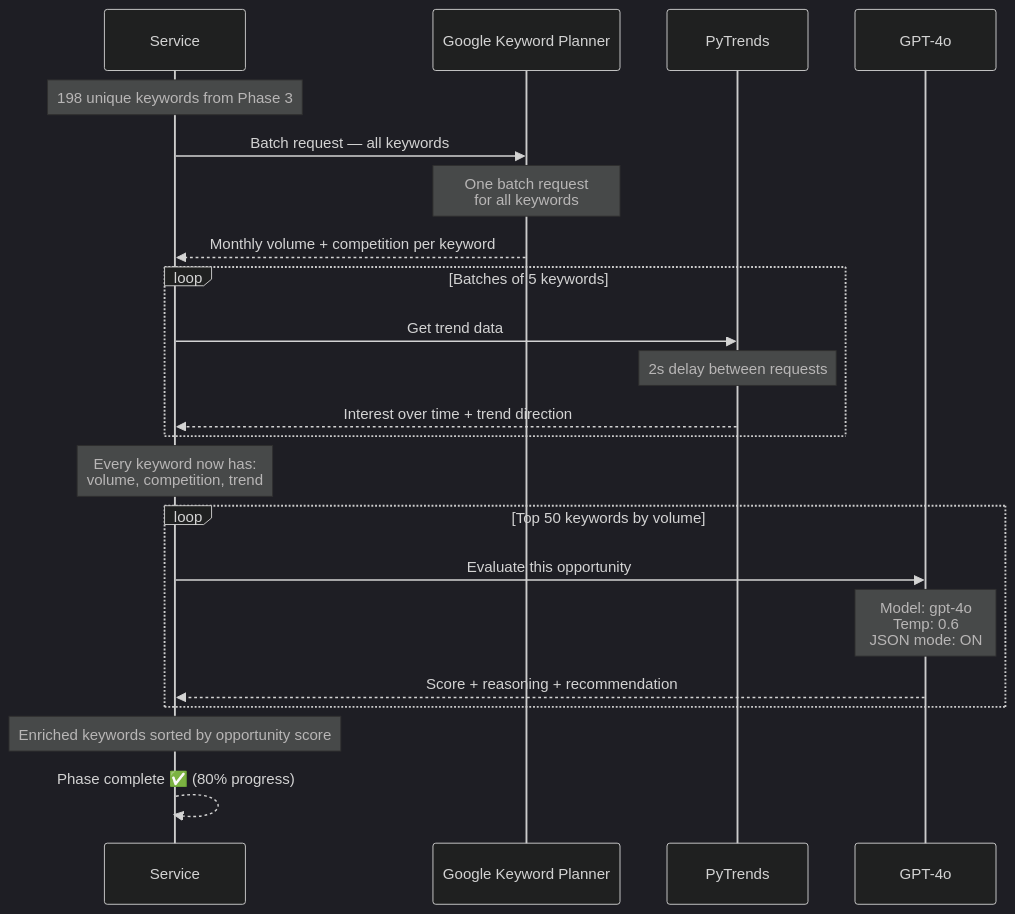
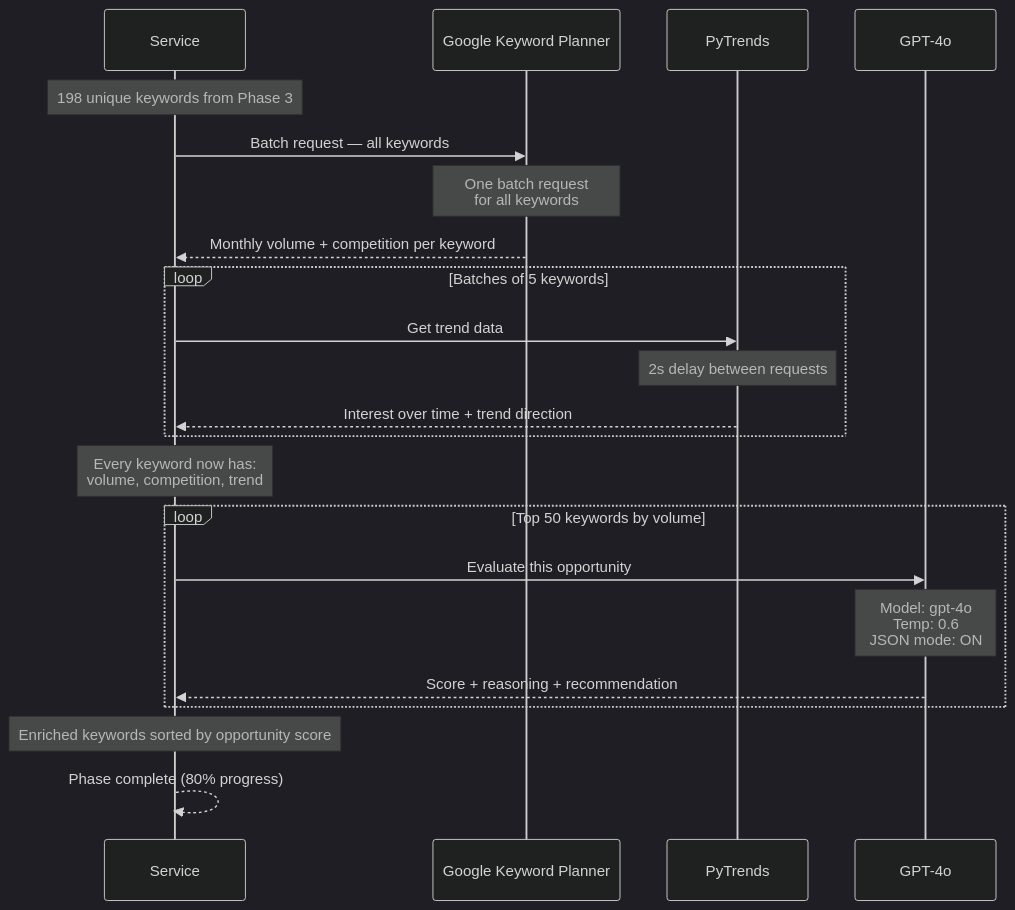
Before and after one commit to modlix-india/Adzump-AI: the eighth of 11 diagrams in docs/competitor_architecture.md, drawn with Mermaid (dark theme). The commit also changed other lines of this file, not shown here.

Commit message:
docs: Update competitor architecture status, remove codebase readiness section, and adjust TOC for deferred phases.

````diff
--- a/docs/competitor_architecture.md
+++ b/docs/competitor_architecture.md
@@ -689,30 +635,30 @@
 ```mermaid
 sequenceDiagram
     participant S as Service
     participant GKP as Google Keyword Planner
     participant PT as PyTrends
     participant GPT as GPT-4o
 
     Note over S: 198 unique keywords from Phase 3
 
     S->>GKP: Batch request — all keywords
     Note over GKP: One batch request<br/>for all keywords
     GKP-->>S: Monthly volume + competition per keyword
 
     loop Batches of 5 keywords
         S->>PT: Get trend data
         Note over PT: 2s delay between requests
         PT-->>S: Interest over time + trend direction
     end
 
     Note over S: Every keyword now has:<br/>volume, competition, trend
 
     loop Top 50 keywords by volume
         S->>GPT: Evaluate this opportunity
         Note over GPT: Model: gpt-4o<br/>Temp: 0.6<br/>JSON mode: ON
         GPT-->>S: Score + reasoning + recommendation
     end
 
     Note over S: Enriched keywords sorted by opportunity score
-    S-->>S: Phase complete ✅ (80% progress)
+    S-->>S: Phase complete  (80% progress)
 ```
````
